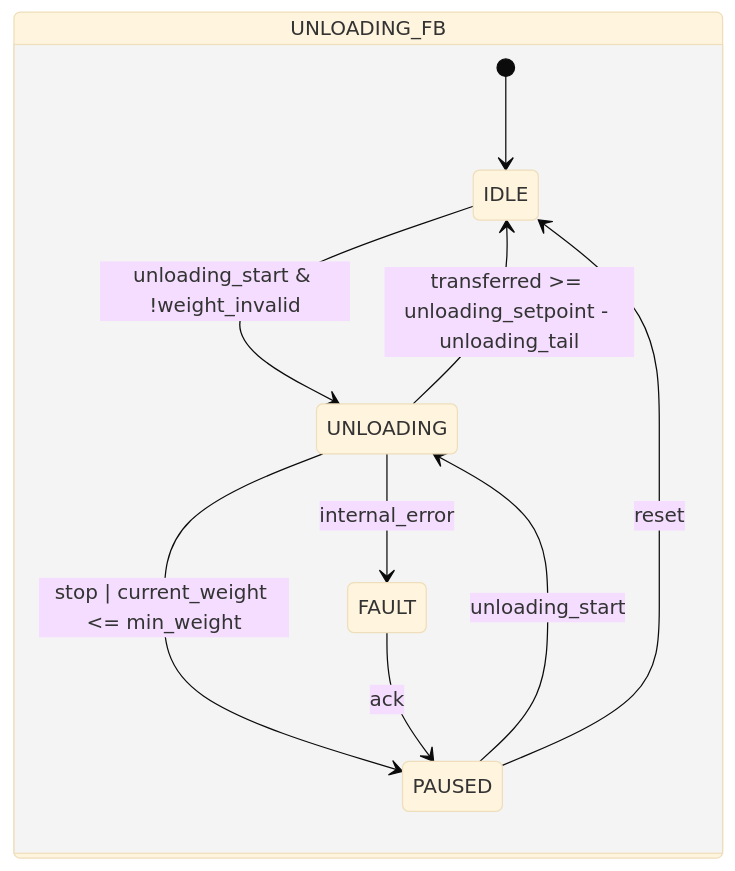
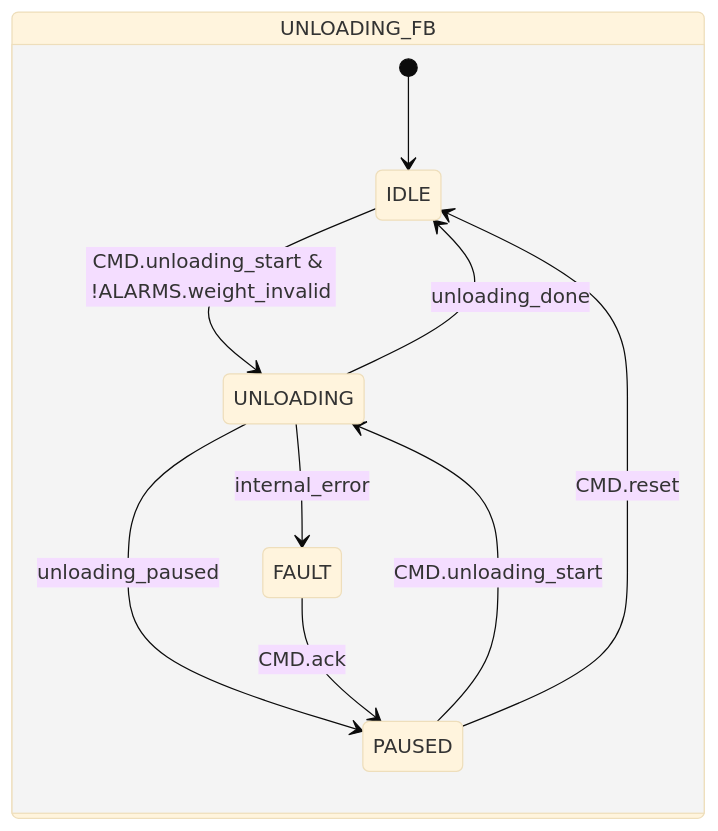
One commit to AleFire99/TIA_knowledge changed the third of 3 diagrams in docs/en/library/load-cells/loading-unloading/index.md. Above: the diagram before and after it, drawn with Mermaid (base theme). The commit also changed other lines of this file and 35 other files, not shown here.

````diff
--- a/docs/en/library/load-cells/loading-unloading/index.md
+++ b/docs/en/library/load-cells/loading-unloading/index.md
@@ -181,14 +182,14 @@
 ```mermaid
 stateDiagram-v2
 state UNLOADING_FB{
     [*] --> IDLE
 
-    IDLE --> UNLOADING : unloading_start & !weight_invalid
-    UNLOADING --> IDLE : transferred >= unloading_setpoint - unloading_tail
-    UNLOADING --> PAUSED : stop | current_weight <= min_weight
+    IDLE --> UNLOADING : CMD.unloading_start & !ALARMS.weight_invalid
+    UNLOADING --> IDLE : unloading_done
+    UNLOADING --> PAUSED : unloading_paused
     UNLOADING --> FAULT : internal_error
-    PAUSED --> UNLOADING : unloading_start
-    PAUSED --> IDLE : reset
-    FAULT --> PAUSED : ack
+    PAUSED --> UNLOADING : CMD.unloading_start
+    PAUSED --> IDLE : CMD.reset
+    FAULT --> PAUSED : CMD.ack
 }
 ```
````
